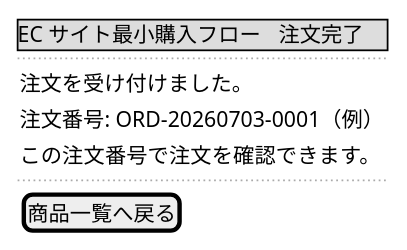
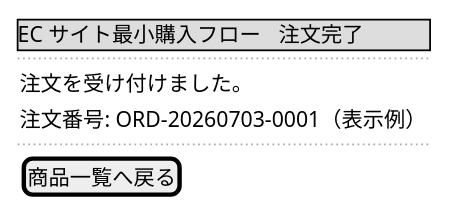
One commit to amadeus-dlc/amadeus changed the fourth of 4 diagrams in examples/02-inception-completed/aidlc/spaces/default/intents/260703-minimum-purchase-flow/inception/refined-mockups/mockups.md. Above: the diagram before and after it, drawn with PlantUML. The commit also changed other lines of this file and 160 other files, not shown here.

````diff
--- a/examples/02-inception-completed/aidlc/spaces/default/intents/260703-minimum-purchase-flow/inception/refined-mockups/mockups.md
+++ b/examples/02-inception-completed/aidlc/spaces/default/intents/260703-minimum-purchase-flow/inception/refined-mockups/mockups.md
@@ -120,13 +78,12 @@
 ```plantuml
 @startsalt
 {
   {* EC サイト最小購入フロー | 注文完了 }
   ..
   { 注文を受け付けました。 }
-  { 注文番号: ORD-20260703-0001（例） }
-  { この注文番号で注文を確認できます。 }
+  { 注文番号: ORD-20260703-0001（表示例） }
   ..
   { [ 商品一覧へ戻る ] }
 }
 @endsalt
 ```
````
